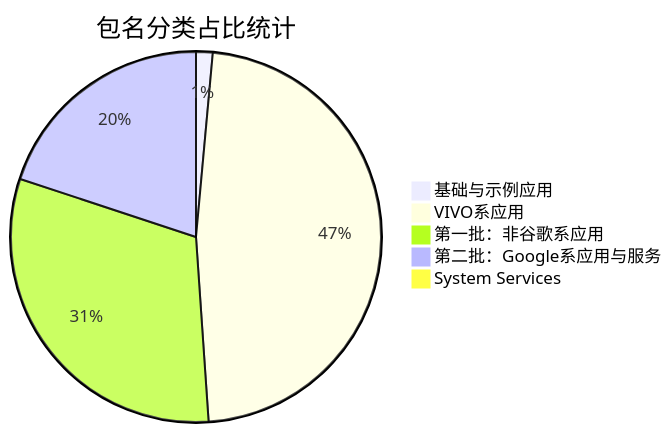
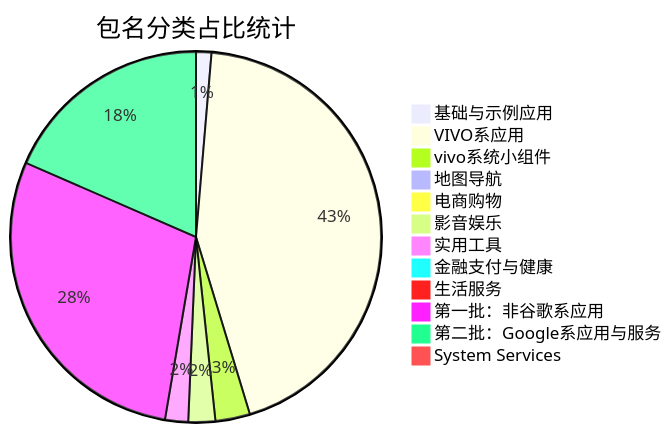
The diagram in README.md (SHILEIHUAJI/shilei-rules), drawn with Mermaid before and after one commit. The commit also changed other lines of this file, not shown here.

````diff
--- a/README.md
+++ b/README.md
@@ -24,8 +24,15 @@
 ```mermaid
 pie title 包名分类占比统计
     "基础与示例应用" : 4
     "VIVO系应用" : 131
+    "vivo系统小组件" : 9
+    "地图导航" : 2
+    "电商购物" : 1
+    "影音娱乐" : 7
+    "实用工具" : 6
+    "金融支付与健康" : 3
+    "生活服务" : 1
     "第一批：非谷歌系应用" : 86
     "第二批：Google系应用与服务" : 55
     "System Services" : 2
 ```
````
